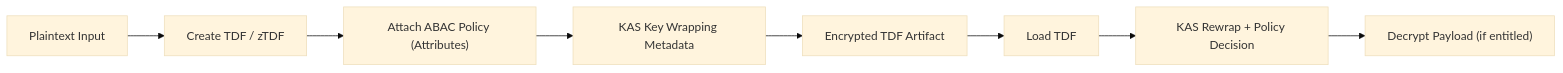
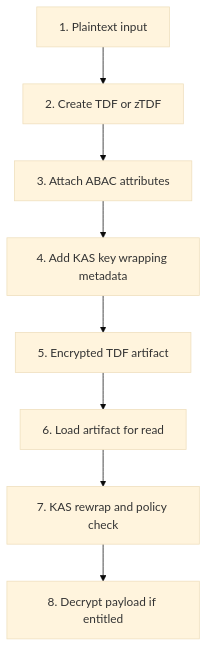
The diagram in docs/sdks/tdf.mdx (opentdf/docs), drawn with Mermaid (base theme) before and after one commit.

Commit message:
fix(docs): improve TDF mermaid diagram readability

````diff
--- a/docs/sdks/tdf.mdx
+++ b/docs/sdks/tdf.mdx
@@ -39,10 +39,10 @@
 ```mermaid
-flowchart LR
-  A["Plaintext Input"] --> B["Create TDF / zTDF"]
-  B --> C["Attach ABAC Policy (Attributes)"]
-  C --> D["KAS Key Wrapping Metadata"]
-  D --> E["Encrypted TDF Artifact"]
-  E --> F["Load TDF"]
-  F --> G["KAS Rewrap + Policy Decision"]
-  G --> H["Decrypt Payload (if entitled)"]
+flowchart TB
+  A["1. Plaintext input"] --> B["2. Create TDF or zTDF"]
+  B --> C["3. Attach ABAC attributes"]
+  C --> D["4. Add KAS key wrapping metadata"]
+  D --> E["5. Encrypted TDF artifact"]
+  E --> F["6. Load artifact for read"]
+  F --> G["7. KAS rewrap and policy check"]
+  G --> H["8. Decrypt payload if entitled"]
 ```
````
